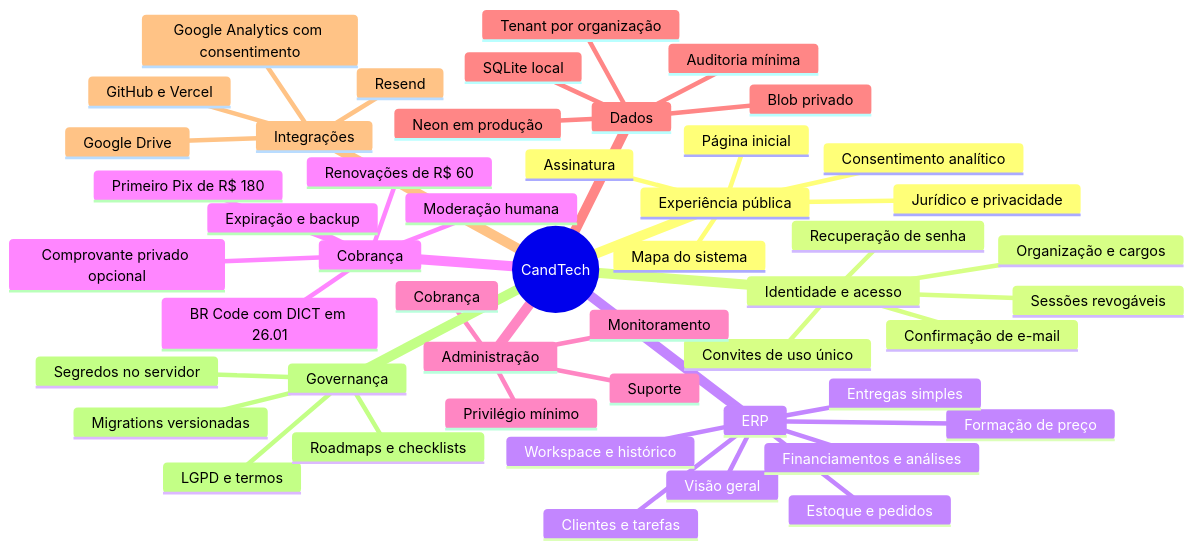
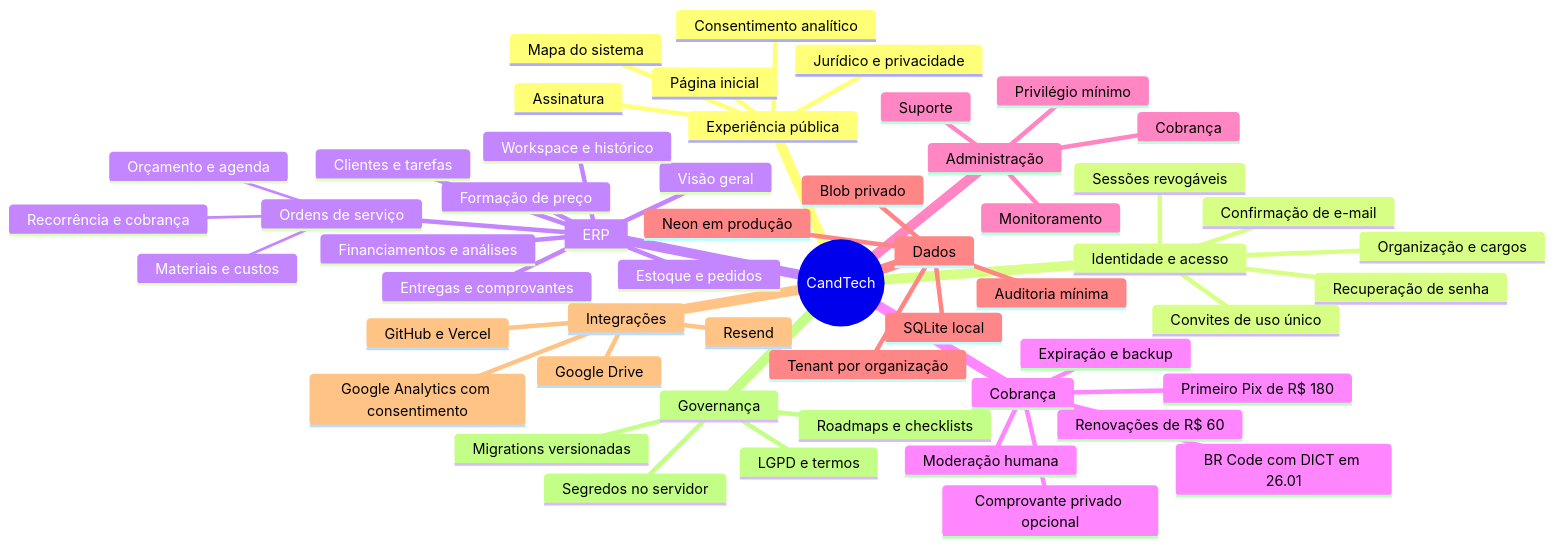
Before and after one commit to rennercand/CandTech: the second of 5 diagrams in docs/ARQUITETURA.md, drawn with Mermaid. The commit also changed other lines of this file and 15 other files, not shown here.

````diff
--- a/docs/ARQUITETURA.md
+++ b/docs/ARQUITETURA.md
@@ -57,52 +59,56 @@
 ```mermaid
 mindmap
   root((CandTech))
     Experiência pública
       Página inicial
       Assinatura
       Mapa do sistema
       Jurídico e privacidade
       Consentimento analítico
     Identidade e acesso
       Confirmação de e-mail
       Sessões revogáveis
       Recuperação de senha
       Organização e cargos
       Convites de uso único
     ERP
       Visão geral
       Clientes e tarefas
       Workspace e histórico
       Financiamentos e análises
       Formação de preço
       Estoque e pedidos
-      Entregas simples
+      Entregas e comprovantes
+      Ordens de serviço
+        Orçamento e agenda
+        Materiais e custos
+        Recorrência e cobrança
     Cobrança
       Primeiro Pix de R$ 180
       Renovações de R$ 60
       BR Code com DICT em 26.01
       Comprovante privado opcional
       Moderação humana
       Expiração e backup
     Administração
       Monitoramento
       Suporte
       Cobrança
       Privilégio mínimo
     Dados
       Neon em produção
       SQLite local
       Tenant por organização
       Blob privado
       Auditoria mínima
     Integrações
       Google Drive
       Resend
       Google Analytics com consentimento
       GitHub e Vercel
     Governança
       LGPD e termos
       Migrations versionadas
       Segredos no servidor
       Roadmaps e checklists
 ```
````
